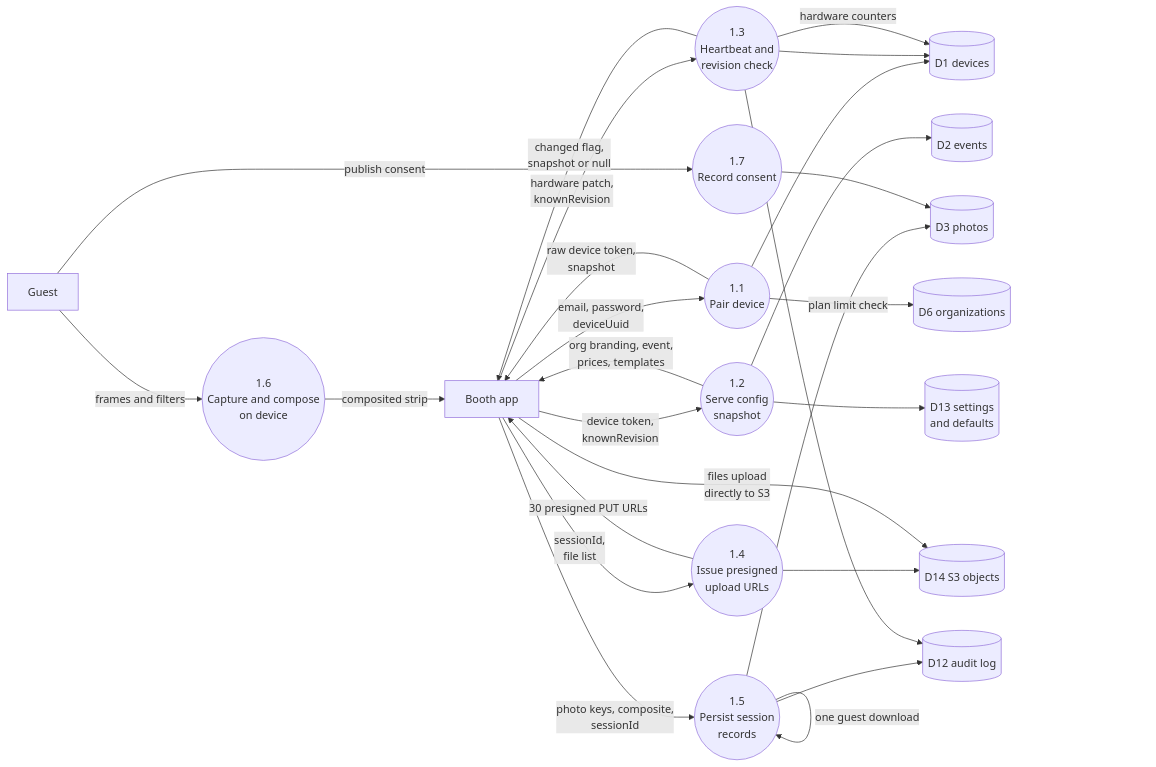
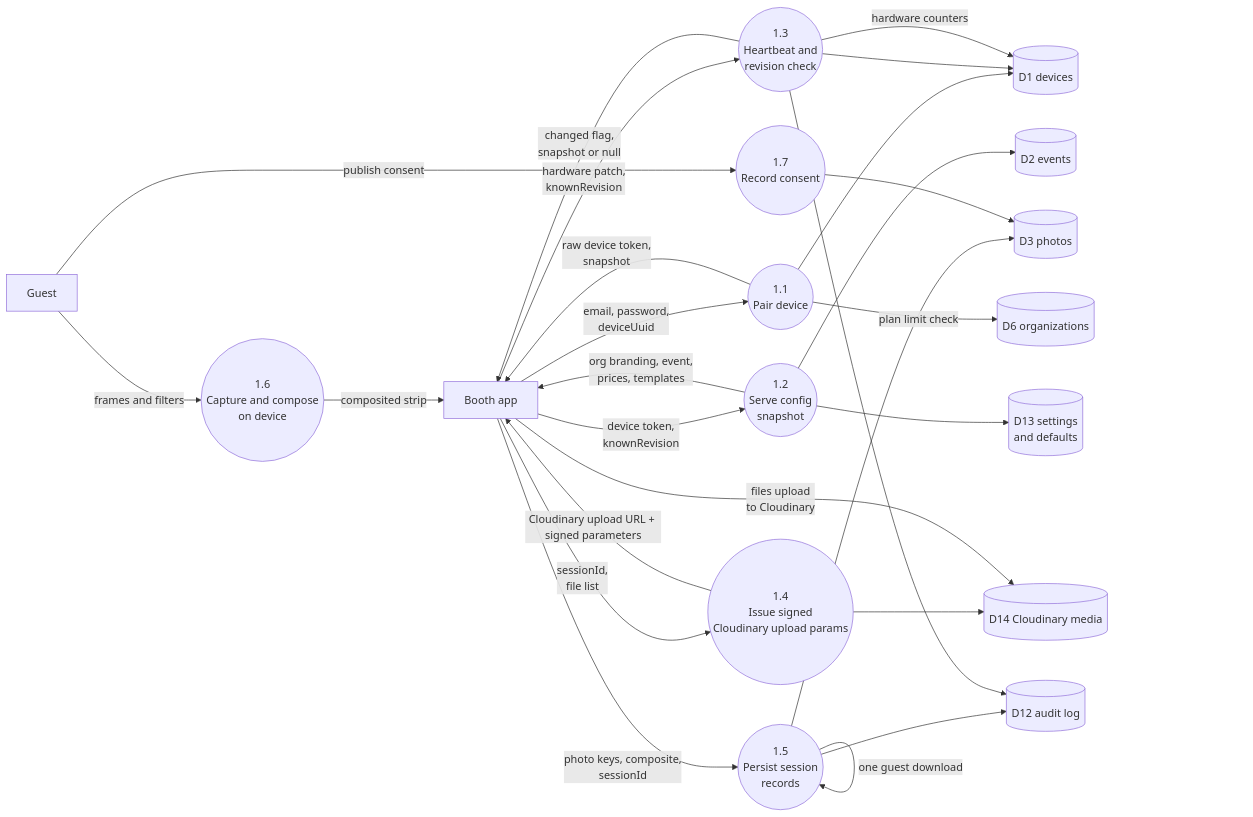
Diagram 11 of 29 in docs/DIAGRAMS.md (Krishna-Vineet/local), drawn with Mermaid before and after one commit. The commit also changed other lines of this file and 38 other files, not shown here.

````diff
--- a/docs/DIAGRAMS.md
+++ b/docs/DIAGRAMS.md
@@ -1053,45 +1058,45 @@
 ```mermaid
 flowchart LR
   E1["Booth app"]
   E2["Guest"]
   P11(("1.1<br/>Pair device"))
   P12(("1.2<br/>Serve config<br/>snapshot"))
   P13(("1.3<br/>Heartbeat and<br/>revision check"))
-  P14(("1.4<br/>Issue presigned<br/>upload URLs"))
+  P14(("1.4<br/>Issue signed<br/>Cloudinary upload params"))
   P15(("1.5<br/>Persist session<br/>records"))
   P16(("1.6<br/>Capture and compose<br/>on device"))
   P17(("1.7<br/>Record consent"))
   D1[("D1 devices")]
   D2[("D2 events")]
   D3[("D3 photos")]
   D6[("D6 organizations")]
   D13[("D13 settings<br/>and defaults")]
-  D14[("D14 S3 objects")]
+  D14[("D14 Cloudinary media")]
   D12[("D12 audit log")]
 
   E1 -->|"email, password,<br/>deviceUuid"| P11
   P11 -->|"raw device token,<br/>snapshot"| E1
   P11 -->|"plan limit check"| D6
   P11 --> D1
   E1 -->|"device token,<br/>knownRevision"| P12
   P12 -->|"org branding, event,<br/>prices, templates"| E1
   P12 --> D2
   P12 --> D13
   E1 -->|"hardware patch,<br/>knownRevision"| P13
   P13 -->|"changed flag,<br/>snapshot or null"| E1
   P13 --> D1
   P13 -->|"hardware counters"| D1
   E1 -->|"sessionId,<br/>file list"| P14
-  P14 -->|"30 presigned PUT URLs"| E1
+  P14 -->|"Cloudinary upload URL + signed parameters"| E1
   P14 --> D14
-  E1 -->|"files upload<br/>directly to S3"| D14
+  E1 -->|"files upload<br/>to Cloudinary"| D14
   E2 -->|"frames and filters"| P16
   P16 -->|"composited strip"| E1
   E1 -->|"photo keys, composite,<br/>sessionId"| P15
   P15 --> D3
   P15 -->|"one guest download"| P15
   E2 -->|"publish consent"| P17
   P17 --> D3
   P15 --> D12
   P13 --> D12
 ```
````
